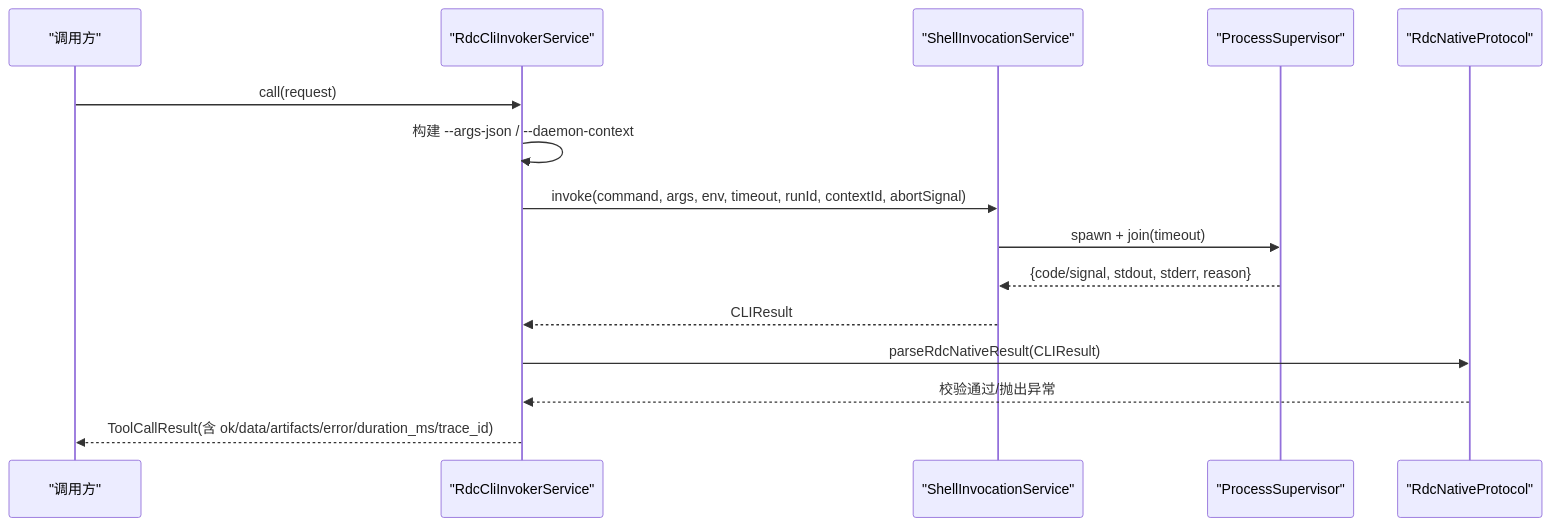
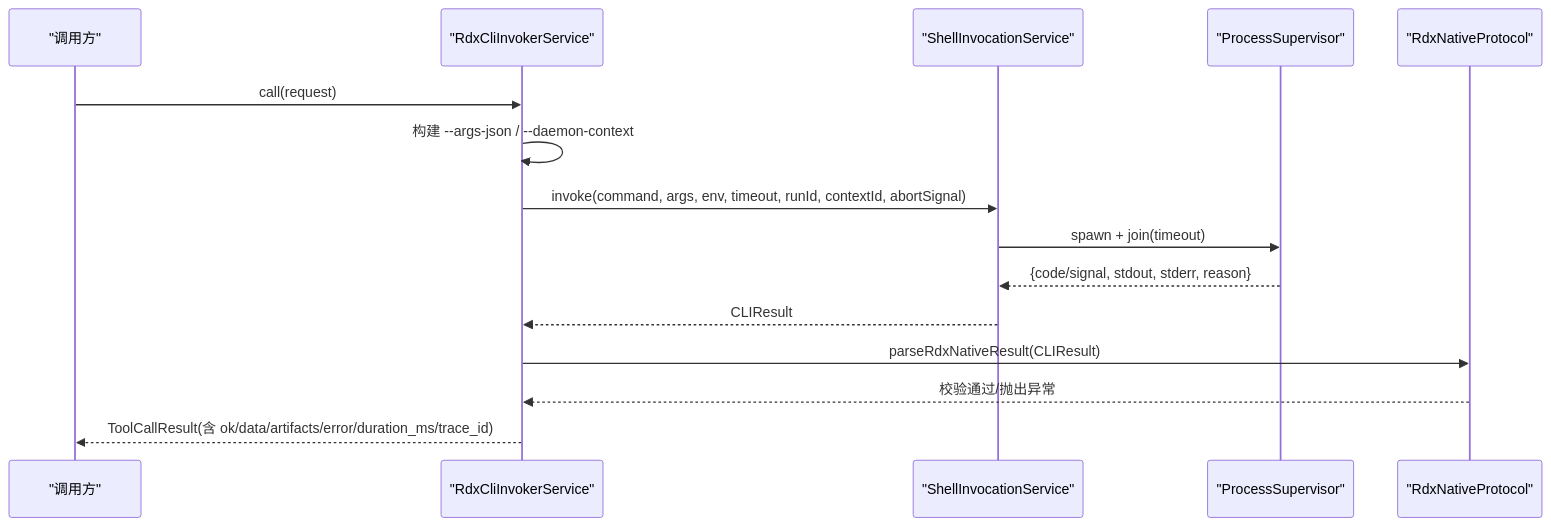
Before and after one commit to haolange/RDC-Agent: the second of 5 diagrams in .qoder/repowiki/zh/content/API 参考/工具 API/CLI 工具接口.md, drawn with Mermaid. The commit also changed other lines of this file and 150 other files, not shown here.

````diff
--- a/.qoder/repowiki/zh/content/API 参考/工具 API/CLI 工具接口.md
+++ b/.qoder/repowiki/zh/content/API 参考/工具 API/CLI 工具接口.md
@@ -69,17 +69,17 @@
 ```mermaid
 sequenceDiagram
 participant Caller as "调用方"
-participant Invoker as "RdcCliInvokerService"
+participant Invoker as "RdxCliInvokerService"
 participant Shell as "ShellInvocationService"
 participant Proc as "ProcessSupervisor"
-participant Protocol as "RdcNativeProtocol"
+participant Protocol as "RdxNativeProtocol"
 Caller->>Invoker : call(request)
 Invoker->>Invoker : 构建 --args-json / --daemon-context
 Invoker->>Shell : invoke(command, args, env, timeout, runId, contextId, abortSignal)
 Shell->>Proc : spawn + join(timeout)
 Proc-->>Shell : {code/signal, stdout, stderr, reason}
 Shell-->>Invoker : CLIResult
-Invoker->>Protocol : parseRdcNativeResult(CLIResult)
+Invoker->>Protocol : parseRdxNativeResult(CLIResult)
 Protocol-->>Invoker : 校验通过/抛出异常
 Invoker-->>Caller : ToolCallResult(含 ok/data/artifacts/error/duration_ms/trace_id)
 ```
````
